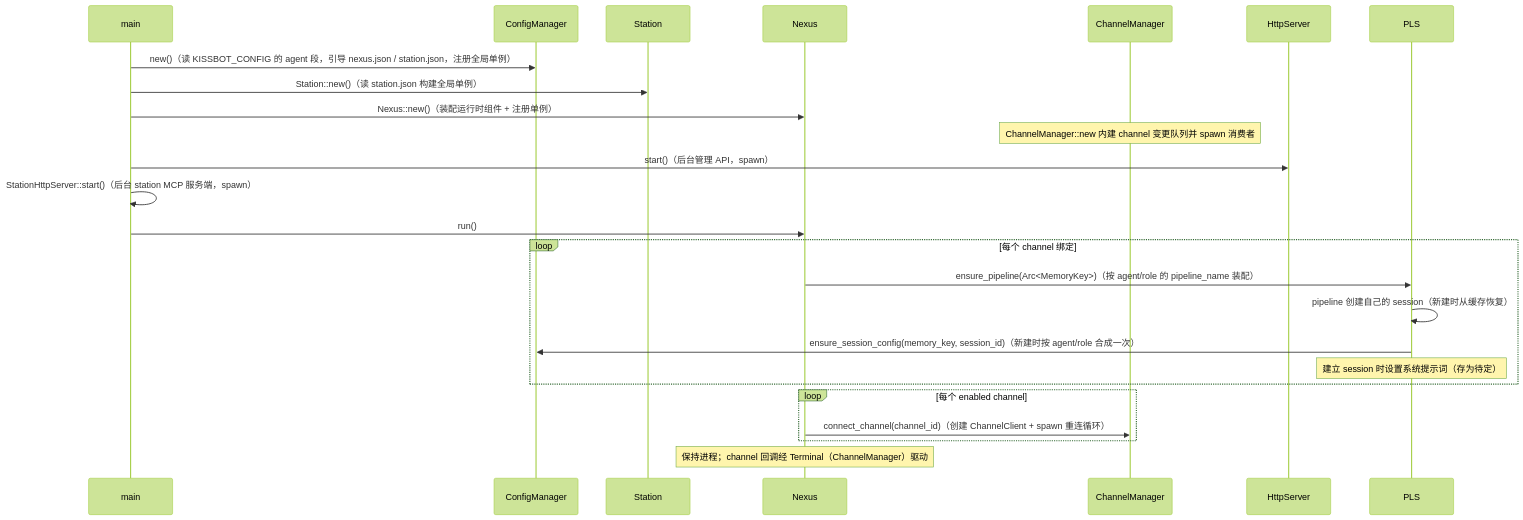
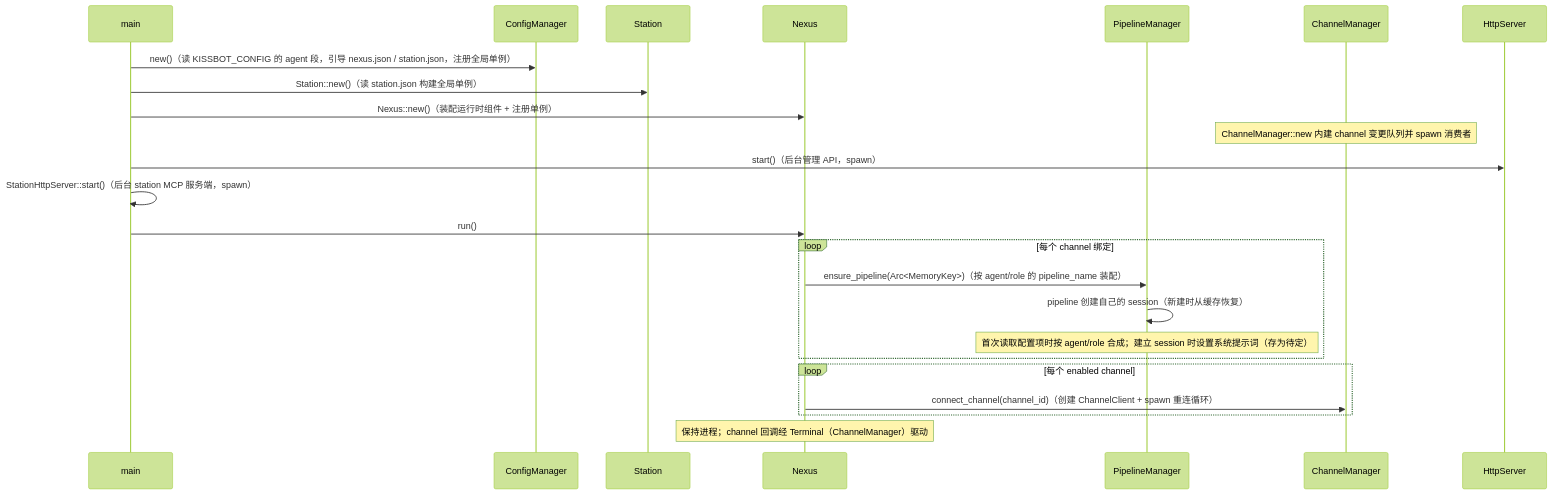
Before and after one commit to coldcloude/kissbot: the second of 5 diagrams in docs/spec/agent-modules.md, drawn with Mermaid (forest theme). The commit also changed other lines of this file and 8 other files, not shown here.

````diff
--- a/docs/spec/agent-modules.md
+++ b/docs/spec/agent-modules.md
@@ -108,27 +108,27 @@
 ```mermaid
 sequenceDiagram
     participant main
     participant CFG as ConfigManager
     participant ST as Station
     participant CO as Nexus
+    participant PLS as PipelineManager
     participant CHM as ChannelManager
     participant HS as HttpServer
 
     main->>CFG: new()（读 KISSBOT_CONFIG 的 agent 段，引导 nexus.json / station.json，注册全局单例）
     main->>ST: Station::new()（读 station.json 构建全局单例）
     main->>CO: Nexus::new()（装配运行时组件 + 注册单例）
     Note over CHM: ChannelManager::new 内建 channel 变更队列并 spawn 消费者
     main->>HS: start()（后台管理 API，spawn）
     main->>main: StationHttpServer::start()（后台 station MCP 服务端，spawn）
     main->>CO: run()
     loop 每个 channel 绑定
         CO->>PLS: ensure_pipeline(Arc<MemoryKey>)（按 agent/role 的 pipeline_name 装配）
         PLS->>PLS: pipeline 创建自己的 session（新建时从缓存恢复）
-        PLS->>CFG: ensure_session_config(memory_key, session_id)（新建时按 agent/role 合成一次）
-        Note over PLS: 建立 session 时设置系统提示词（存为待定）
+        Note over PLS: 首次读取配置项时按 agent/role 合成；建立 session 时设置系统提示词（存为待定）
     end
     loop 每个 enabled channel
         CO->>CHM: connect_channel(channel_id)（创建 ChannelClient + spawn 重连循环）
     end
     Note over CO: 保持进程；channel 回调经 Terminal（ChannelManager）驱动
 ```
````
